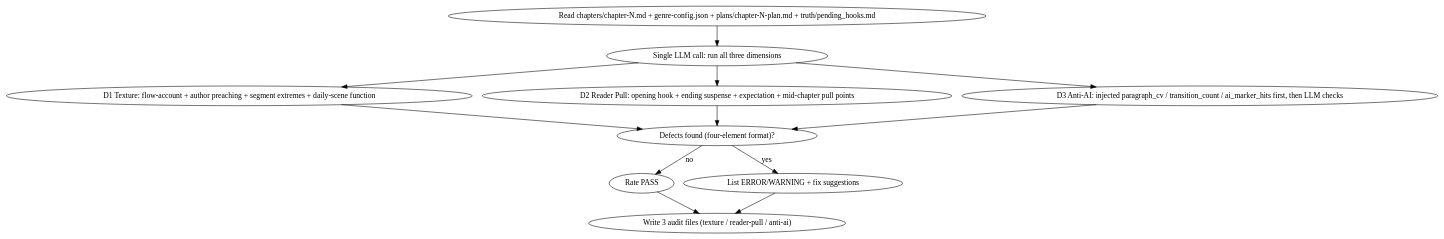
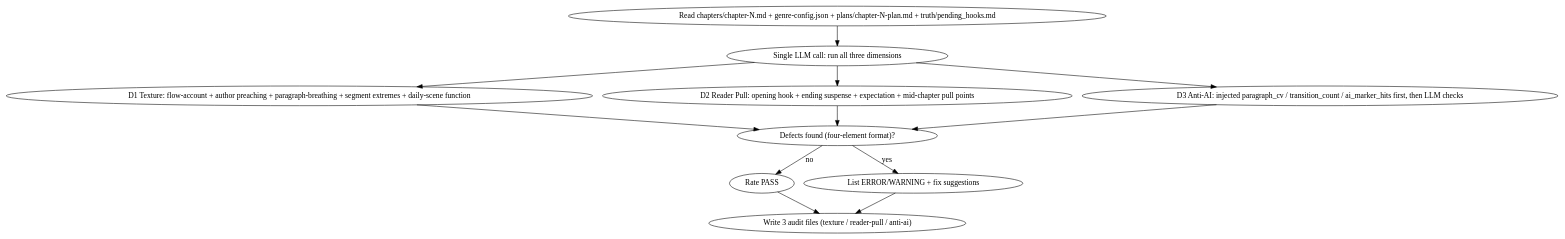
One commit to ThomasChangX/shenbi changed the diagram in skills/shenbi-review-group-craft/SKILL.md. Above: the diagram before and after it, drawn with Graphviz. The commit also changed 4 other files, not shown here.

````diff
--- a/skills/shenbi-review-group-craft/SKILL.md
+++ b/skills/shenbi-review-group-craft/SKILL.md
@@ -45,15 +45,15 @@
 ```dot
 digraph review_group_craft {
     "Read chapters/chapter-N.md + genre-config.json + plans/chapter-N-plan.md + truth/pending_hooks.md" -> "Single LLM call: run all three dimensions";
-    "Single LLM call: run all three dimensions" -> "D1 Texture: flow-account + author preaching + segment extremes + daily-scene function";
+    "Single LLM call: run all three dimensions" -> "D1 Texture: flow-account + author preaching + paragraph-breathing + segment extremes + daily-scene function";
     "Single LLM call: run all three dimensions" -> "D2 Reader Pull: opening hook + ending suspense + expectation + mid-chapter pull points";
     "Single LLM call: run all three dimensions" -> "D3 Anti-AI: injected paragraph_cv / transition_count / ai_marker_hits first, then LLM checks";
-    "D1 Texture: flow-account + author preaching + segment extremes + daily-scene function" -> "Defects found (four-element format)?";
+    "D1 Texture: flow-account + author preaching + paragraph-breathing + segment extremes + daily-scene function" -> "Defects found (four-element format)?";
     "D2 Reader Pull: opening hook + ending suspense + expectation + mid-chapter pull points" -> "Defects found (four-element format)?";
     "D3 Anti-AI: injected paragraph_cv / transition_count / ai_marker_hits first, then LLM checks" -> "Defects found (four-element format)?";
     "Defects found (four-element format)?" -> "Rate PASS" [label="no"];
     "Defects found (four-element format)?" -> "List ERROR/WARNING + fix suggestions" [label="yes"];
     "Rate PASS" -> "Write 3 audit files (texture / reader-pull / anti-ai)";
     "List ERROR/WARNING + fix suggestions" -> "Write 3 audit files (texture / reader-pull / anti-ai)";
 }
 ```
````
